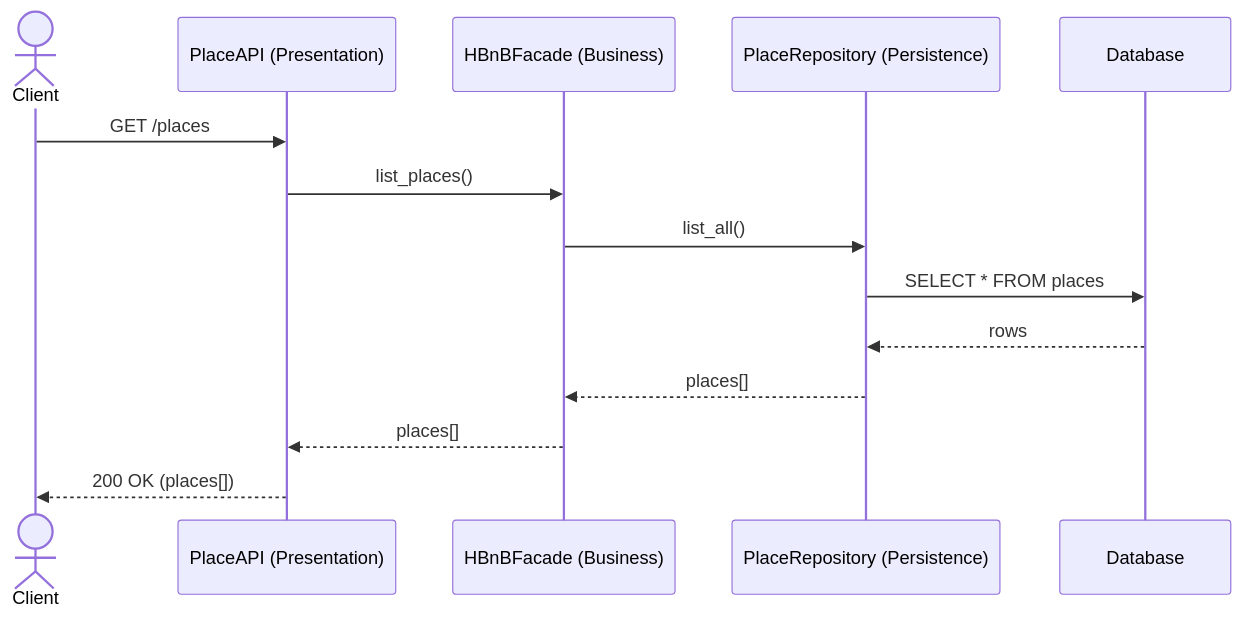
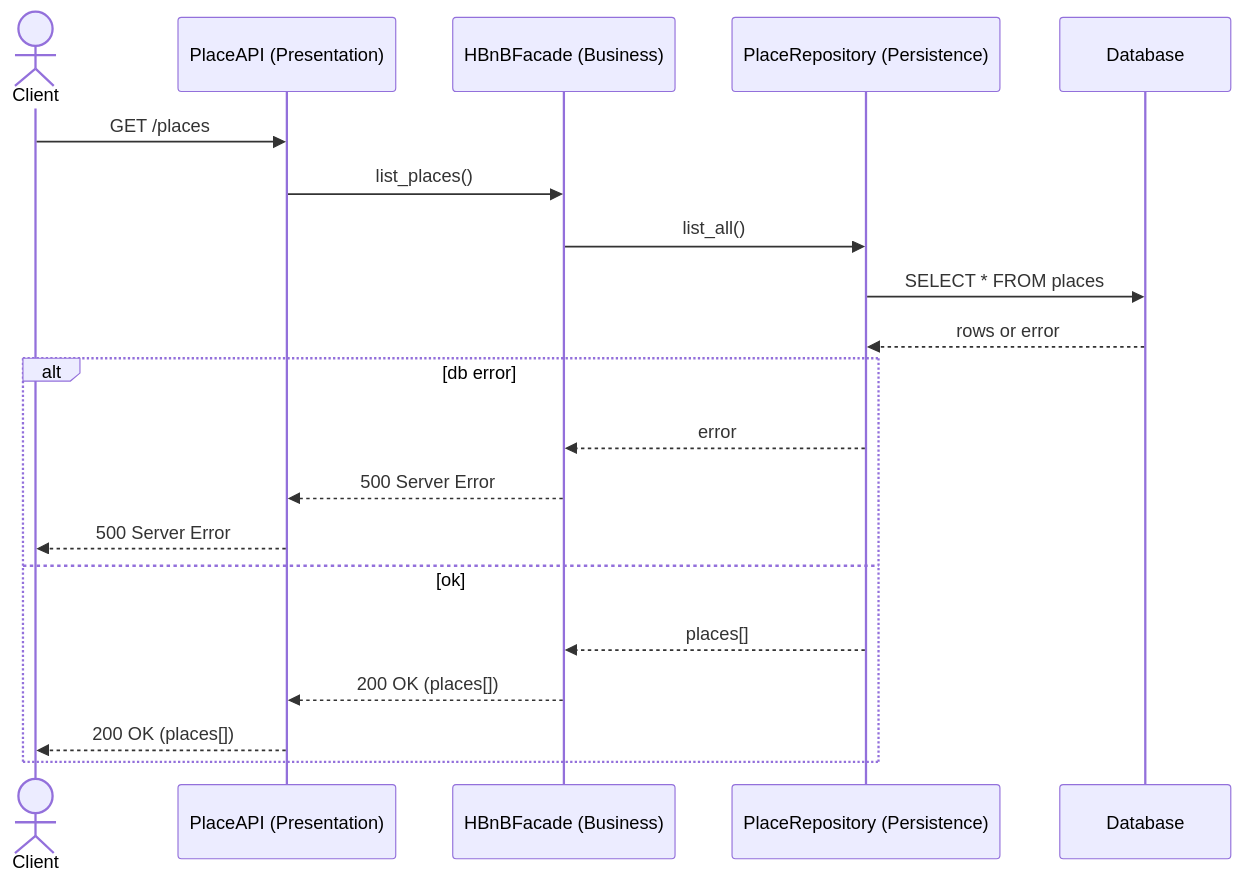
One commit to Jamhalex/holbertonschool-hbnb changed the diagram in part1/diagrams/05_seq_list_places.mmd. Above: the diagram before and after it, drawn with Mermaid. The commit also changed 7 other files, not shown here.

Commit message:
Part 1: Task 2 sequence diagrams + notes + PNG exports

```diff
--- a/part1/diagrams/05_seq_list_places.mmd
+++ b/part1/diagrams/05_seq_list_places.mmd
@@ -1,15 +1,22 @@
 sequenceDiagram
 actor Client
 participant API as PlaceAPI (Presentation)
 participant Facade as HBnBFacade (Business)
 participant PRepo as PlaceRepository (Persistence)
 participant DB as Database
 
 Client->>API: GET /places
 API->>Facade: list_places()
 Facade->>PRepo: list_all()
 PRepo->>DB: SELECT * FROM places
-DB-->>PRepo: rows
-PRepo-->>Facade: places[]
-Facade-->>API: places[]
-API-->>Client: 200 OK (places[])
+DB-->>PRepo: rows or error
+
+alt db error
+  PRepo-->>Facade: error
+  Facade-->>API: 500 Server Error
+  API-->>Client: 500 Server Error
+else ok
+  PRepo-->>Facade: places[]
+  Facade-->>API: 200 OK (places[])
+  API-->>Client: 200 OK (places[])
+end
```
